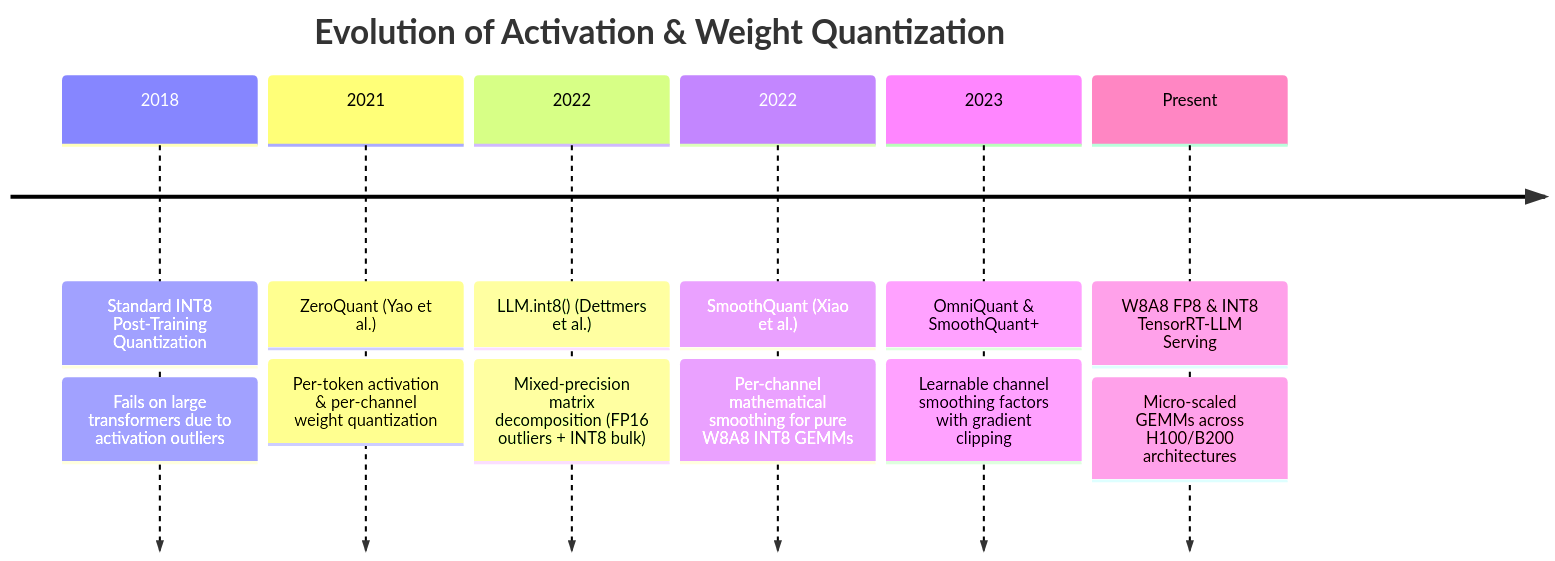
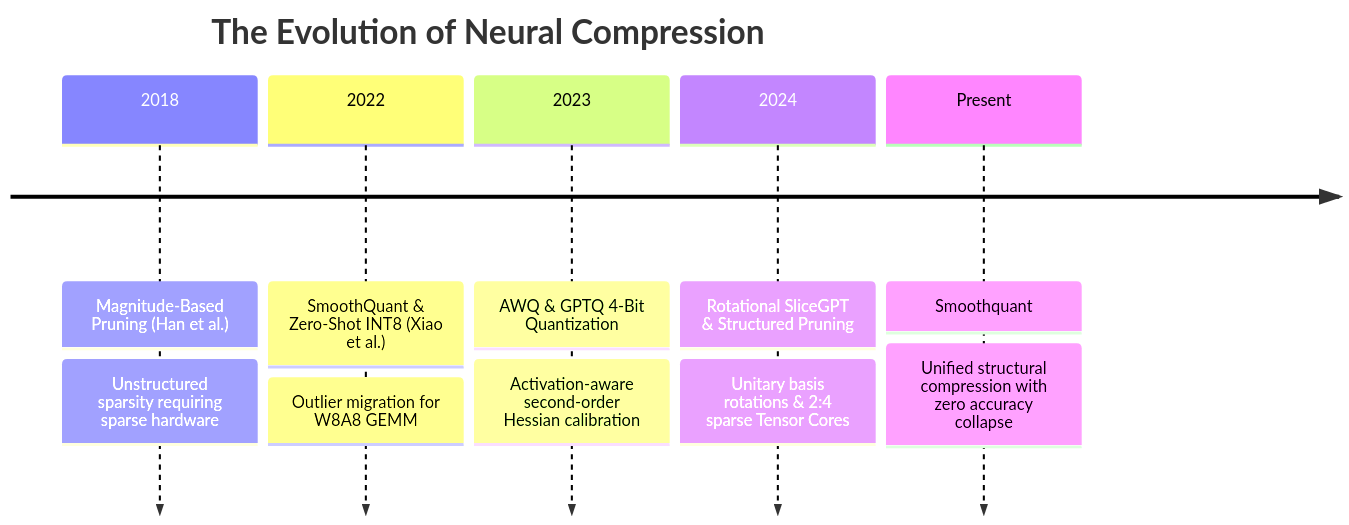
One commit to tahamajs/NeuralOps changed the first of 2 diagrams in Docs/content/compressions_blog/smoothquant_blog.md. Above: the diagram before and after it, drawn with Mermaid. The commit also changed other lines of this file and 193 other files, not shown here.

````diff
--- a/Docs/content/compressions_blog/smoothquant_blog.md
+++ b/Docs/content/compressions_blog/smoothquant_blog.md
@@ -56,10 +56,9 @@
 ```mermaid
 timeline
-    title Evolution of Activation & Weight Quantization
-    2018 : Standard INT8 Post-Training Quantization : Fails on large transformers due to activation outliers
-    2021 : ZeroQuant (Yao et al.) : Per-token activation & per-channel weight quantization
-    2022 : LLM.int8() (Dettmers et al.) : Mixed-precision matrix decomposition (FP16 outliers + INT8 bulk)
-    2022 : SmoothQuant (Xiao et al.) : Per-channel mathematical smoothing for pure W8A8 INT8 GEMMs
-    2023 : OmniQuant & SmoothQuant+ : Learnable channel smoothing factors with gradient clipping
-    Present : W8A8 FP8 & INT8 TensorRT-LLM Serving : Micro-scaled GEMMs across H100/B200 architectures
+    title The Evolution of Neural Compression
+    2018 : Magnitude-Based Pruning (Han et al.) : Unstructured sparsity requiring sparse hardware
+    2022 : SmoothQuant & Zero-Shot INT8 (Xiao et al.) : Outlier migration for W8A8 GEMM
+    2023 : AWQ & GPTQ 4-Bit Quantization : Activation-aware second-order Hessian calibration
+    2024 : Rotational SliceGPT & Structured Pruning : Unitary basis rotations & 2:4 sparse Tensor Cores
+    Present : Smoothquant : Unified structural compression with zero accuracy collapse
 ```
````
